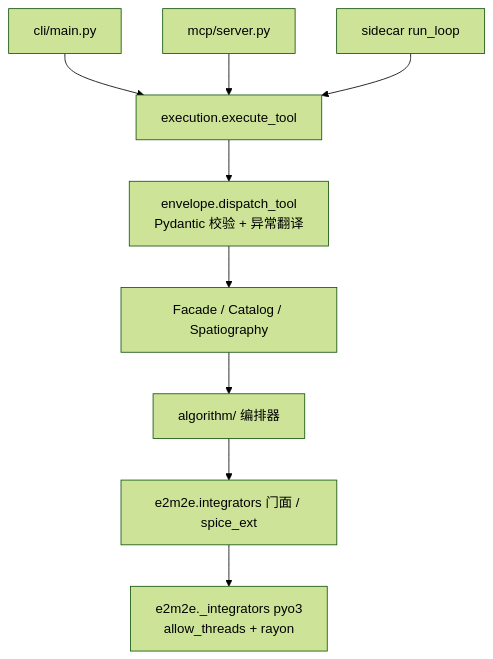
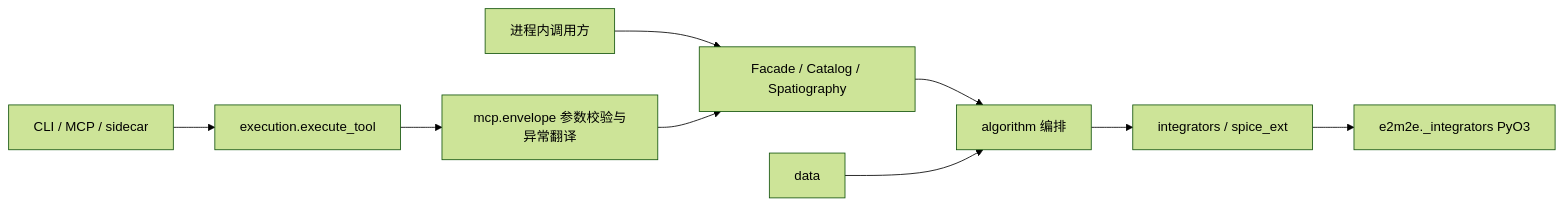
The diagram in AGENTS.md (cislunarspace/CODE-core), drawn with Mermaid (forest theme) before and after one commit. The commit also changed other lines of this file and 4 other files, not shown here.

````diff
--- a/AGENTS.md
+++ b/AGENTS.md
@@ -23,11 +35,11 @@
 ```mermaid
-flowchart TD
-    CLI[cli/main.py] --> EX[execution.execute_tool]
-    MCP[mcp/server.py] --> EX
-    SC[sidecar run_loop] --> EX
-    EX --> EN[envelope.dispatch_tool<br/>Pydantic 校验 + 异常翻译]
-    EN --> F[Facade / Catalog / Spatiography]
-    F --> A[algorithm/ 编排器]
-    A --> I[e2m2e.integrators 门面 / spice_ext]
-    I --> R[e2m2e._integrators pyo3<br/>allow_threads + rayon]
+flowchart LR
+    Caller[进程内调用方] --> F[Facade / Catalog / Spatiography]
+    Transport[CLI / MCP / sidecar] --> E[execution.execute_tool]
+    E --> V[mcp.envelope 参数校验与异常翻译]
+    V --> F
+    F --> A[algorithm 编排]
+    D[data] --> A
+    A --> I[integrators / spice_ext]
+    I --> R[e2m2e._integrators PyO3]
 ```
````
